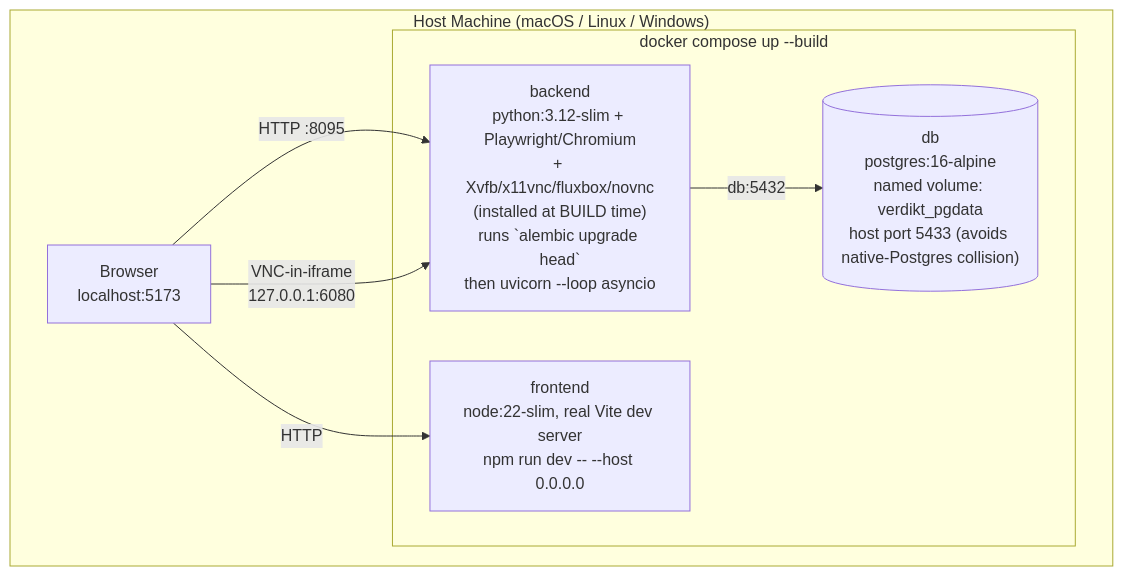
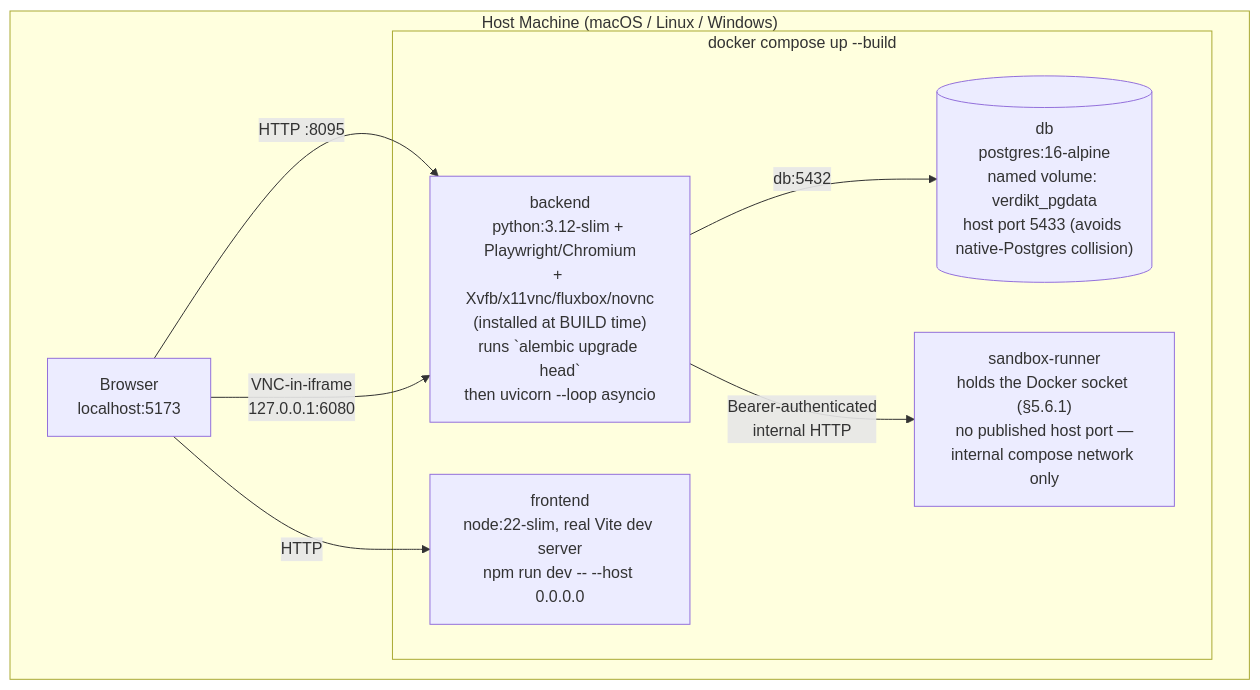
One commit to mudigondabhanu85/verdikt changed the diagram in docs/architecture-overview/diagrams/06_deployment_topology.mmd. Above: the diagram before and after it, drawn with Mermaid. The commit also changed 8 other files, not shown here.

```diff
--- a/docs/architecture-overview/diagrams/06_deployment_topology.mmd
+++ b/docs/architecture-overview/diagrams/06_deployment_topology.mmd
@@ -1,13 +1,15 @@
 flowchart TB
     subgraph Host["Host Machine (macOS / Linux / Windows)"]
         subgraph Compose["docker compose up --build"]
             DB[("db<br/>postgres:16-alpine<br/>named volume: verdikt_pgdata<br/>host port 5433 (avoids native-Postgres collision)")]
             BE["backend<br/>python:3.12-slim + Playwright/Chromium<br/>+ Xvfb/x11vnc/fluxbox/novnc<br/>(installed at BUILD time)<br/>runs `alembic upgrade head`<br/>then uvicorn --loop asyncio"]
             FEC["frontend<br/>node:22-slim, real Vite dev server<br/>npm run dev -- --host 0.0.0.0"]
+            SR["sandbox-runner<br/>holds the Docker socket (§5.6.1)<br/>no published host port —<br/>internal compose network only"]
         end
         Browser["Browser<br/>localhost:5173"]
     end
     BE -->|"db:5432"| DB
+    BE -->|"Bearer-authenticated<br/>internal HTTP"| SR
     Browser -->|"HTTP"| FEC
     Browser -->|"HTTP :8095"| BE
     Browser -->|"VNC-in-iframe<br/>127.0.0.1:6080"| BE
```
